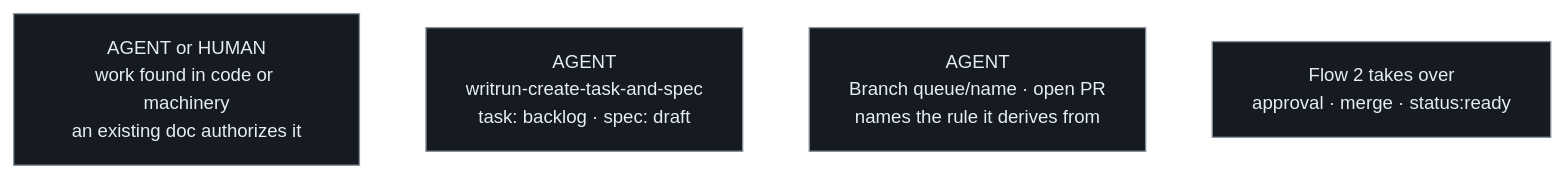
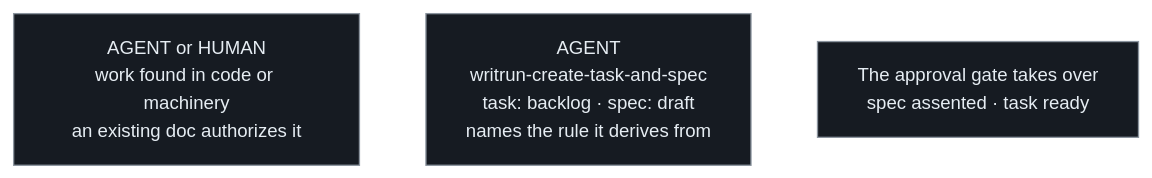
One commit to thomasfranke/writrun changed the second of 2 diagrams in docs/product/stage-1-tasks-and-specs/authoring.md. Above: the diagram before and after it, drawn with Mermaid. The commit also changed other lines of this file and 17 other files, not shown here.

````diff
--- a/docs/product/stage-1-tasks-and-specs/authoring.md
+++ b/docs/product/stage-1-tasks-and-specs/authoring.md
@@ -107,9 +106,8 @@
 ```mermaid
 %%{init: {'theme':'base','themeVariables':{'background':'#0d1117','primaryColor':'#161b22','primaryTextColor':'#e6edf3','primaryBorderColor':'#8b949e','lineColor':'#ffffff','secondaryColor':'#161b22','tertiaryColor':'#161b22','fontSize':'14px'}}}%%
 flowchart LR
     A["AGENT or HUMAN<br/>work found in code or machinery<br/>an existing doc authorizes it"]
-    B["AGENT<br/>writrun-create-task-and-spec<br/>task: backlog · spec: draft"]
-    C["AGENT<br/>Branch queue/name · open PR<br/>names the rule it derives from"]
-    D["Flow 2 takes over<br/>approval · merge · status:ready"]
-    A --> B --> C --> D
+    B["AGENT<br/>writrun-create-task-and-spec<br/>task: backlog · spec: draft<br/>names the rule it derives from"]
+    C["The approval gate takes over<br/>spec assented · task ready"]
+    A --> B --> C
 ```
````
